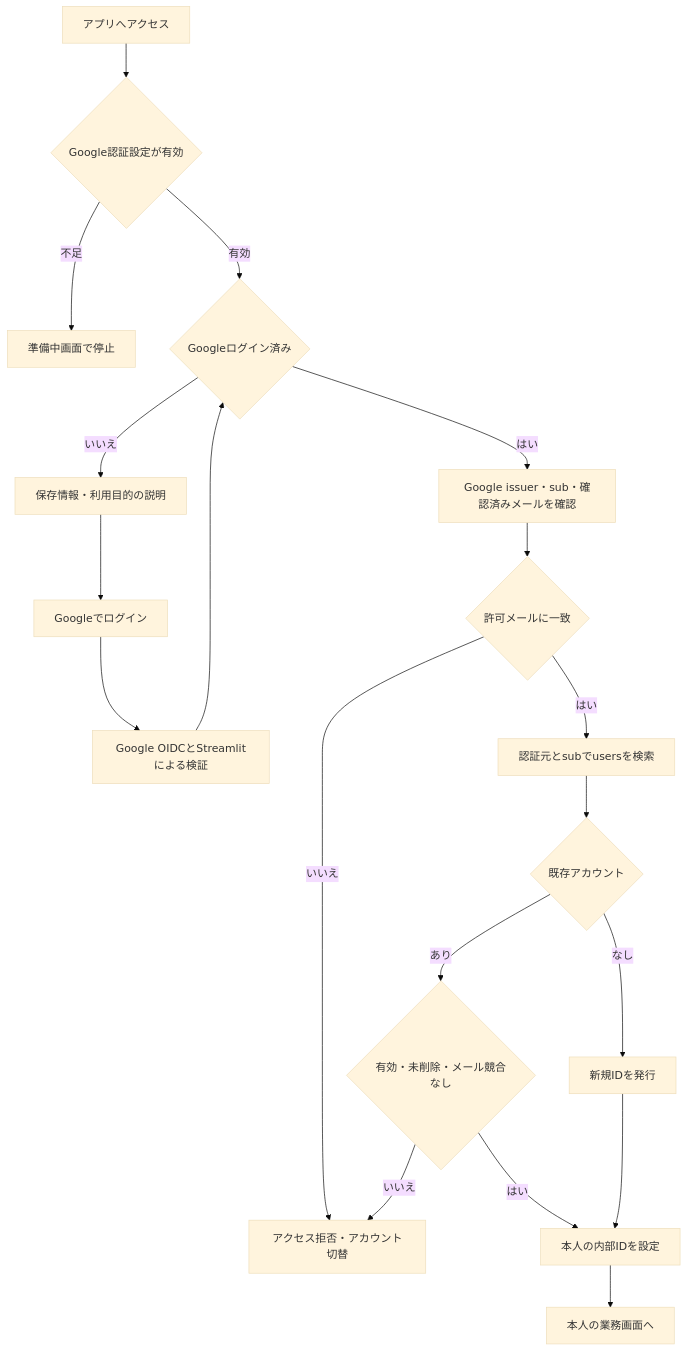
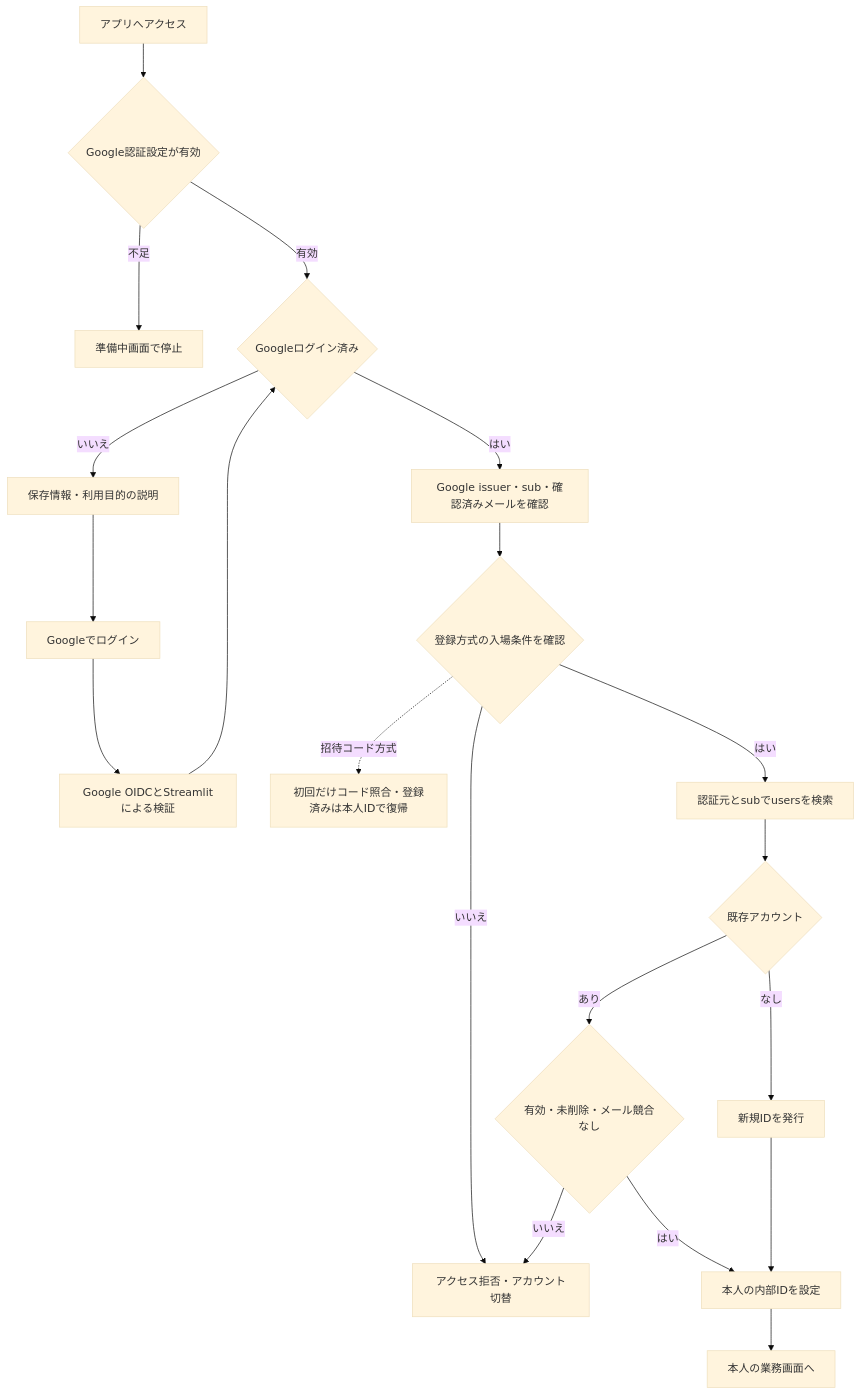
Before and after one commit to kmirai840-dot/MeTeA: the first of 4 diagrams in docs/account_access_spec.md, drawn with Mermaid (base theme). The commit also changed other lines of this file and 19 other files, not shown here.

````diff
--- a/docs/account_access_spec.md
+++ b/docs/account_access_spec.md
@@ -30,21 +30,22 @@
 ```mermaid
 flowchart TD
     Entry[アプリへアクセス] --> Config{Google認証設定が有効}
     Config -->|不足| Prepare[準備中画面で停止]
     Config -->|有効| Cookie{Googleログイン済み}
     Cookie -->|いいえ| Notice[保存情報・利用目的の説明]
     Notice --> Login[Googleでログイン]
     Login --> OIDC[Google OIDCとStreamlitによる検証]
     OIDC --> Cookie
     Cookie -->|はい| Claims[Google issuer・sub・確認済みメールを確認]
-    Claims --> Invite{許可メールに一致}
+    Claims --> Invite{登録方式の入場条件を確認}
+    Invite -. 招待コード方式 .-> Code[初回だけコード照合・登録済みは本人IDで復帰]
     Invite -->|いいえ| Deny[アクセス拒否・アカウント切替]
     Invite -->|はい| Identity[認証元とsubでusersを検索]
     Identity --> Account{既存アカウント}
     Account -->|なし| Create[新規IDを発行]
     Account -->|あり| Active{有効・未削除・メール競合なし}
     Active -->|いいえ| Deny
     Active -->|はい| Session[本人の内部IDを設定]
     Create --> Session
     Session --> Data[本人の業務画面へ]
 ```
````
